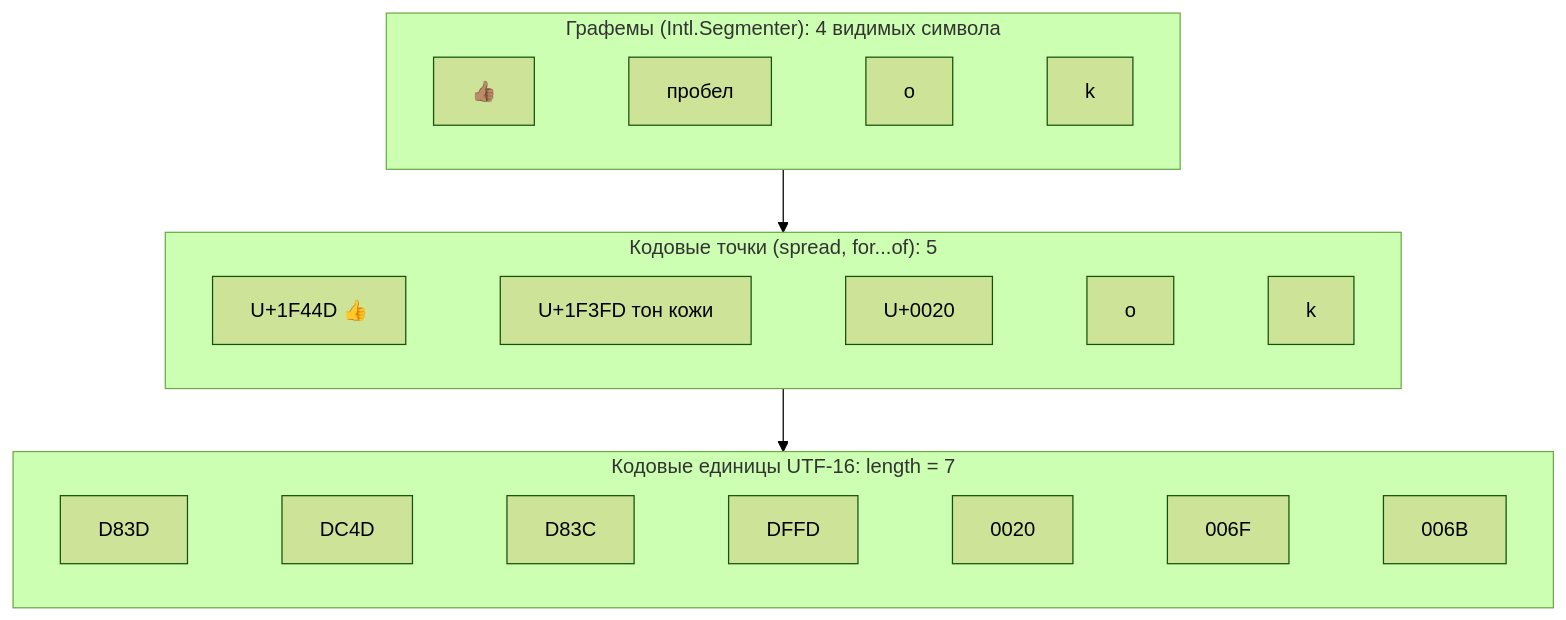
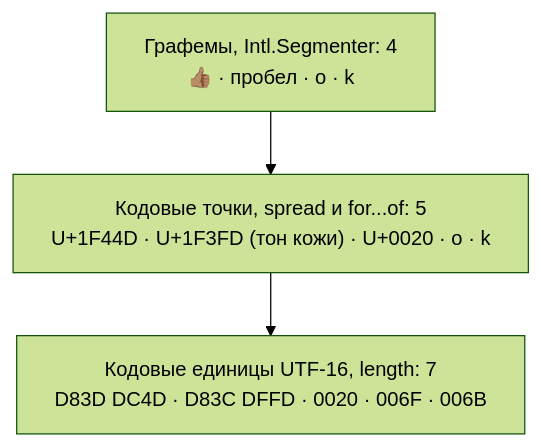
One commit to IGMiller777/frontend-gym changed the second of 3 diagrams in content/lessons/js-core/js-numbers-strings.ru.md. Above: the diagram before and after it, drawn with Mermaid (forest theme). The commit also changed other lines of this file and 19 other files, not shown here.

First line of the commit message:
lessons: fit wide diagrams in JS and React lessons into the column

````diff
--- a/content/lessons/js-core/js-numbers-strings.ru.md
+++ b/content/lessons/js-core/js-numbers-strings.ru.md
@@ -90,13 +90,10 @@
 ```mermaid
+---
+config:
+  flowchart:
+    wrappingWidth: 420
+---
 flowchart TB
-  subgraph G["Графемы (Intl.Segmenter): 4 видимых символа"]
-    g1["👍🏽"] ~~~ g2["пробел"] ~~~ g3["o"] ~~~ g4["k"]
-  end
-  subgraph P["Кодовые точки (spread, for...of): 5"]
-    p1["U+1F44D 👍"] ~~~ p2["U+1F3FD тон кожи"] ~~~ p3["U+0020"] ~~~ p4["o"] ~~~ p5["k"]
-  end
-  subgraph U["Кодовые единицы UTF-16: length = 7"]
-    u1["D83D"] ~~~ u2["DC4D"] ~~~ u3["D83C"] ~~~ u4["DFFD"] ~~~ u5["0020"] ~~~ u6["006F"] ~~~ u7["006B"]
-  end
-  G --> P --> U
+  G["Графемы, Intl.Segmenter: 4<br/>👍🏽 · пробел · o · k"] --> P["Кодовые точки, spread и for...of: 5<br/>U+1F44D · U+1F3FD (тон кожи) · U+0020 · o · k"]
+  P --> U["Кодовые единицы UTF-16, length: 7<br/>D83D DC4D · D83C DFFD · 0020 · 006F · 006B"]
 ```
````
